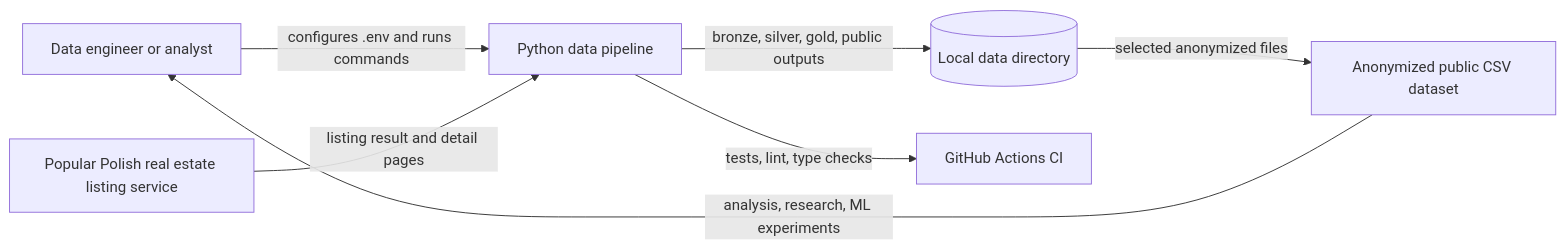
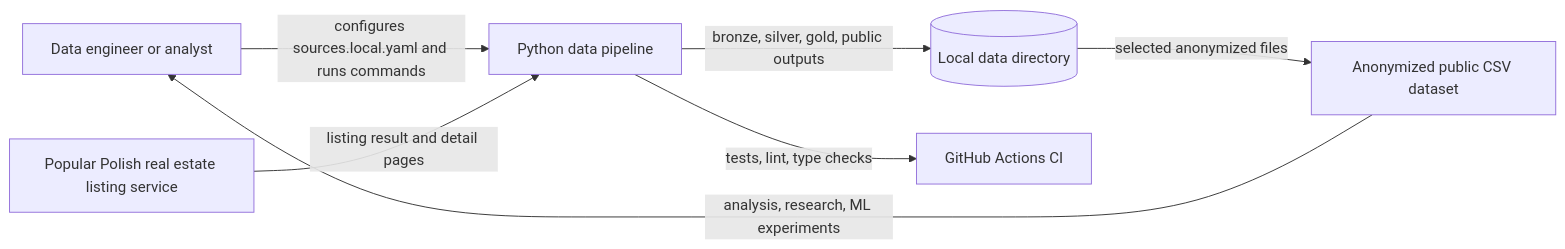
One commit to bi3lu/polish-real-estate-price-aggregates changed the diagram in docs/system-context.md. Above: the diagram before and after it, drawn with Mermaid. The commit also changed other lines of this file and 29 other files, not shown here.

````diff
--- a/docs/system-context.md
+++ b/docs/system-context.md
@@ -3,17 +3,17 @@
 ```mermaid
 flowchart LR
     user[Data engineer or analyst]
     source[Popular Polish real estate listing service]
     repo[Python data pipeline]
     local[(Local data directory)]
     public[Anonymized public CSV dataset]
     ci[GitHub Actions CI]
 
-    user -->|configures .env and runs commands| repo
+    user -->|configures sources.local.yaml and runs commands| repo
     source -->|listing result and detail pages| repo
     repo -->|bronze, silver, gold, public outputs| local
     local -->|selected anonymized files| public
     repo -->|tests, lint, type checks| ci
 
     public -->|analysis, research, ML experiments| user
 ```
````
